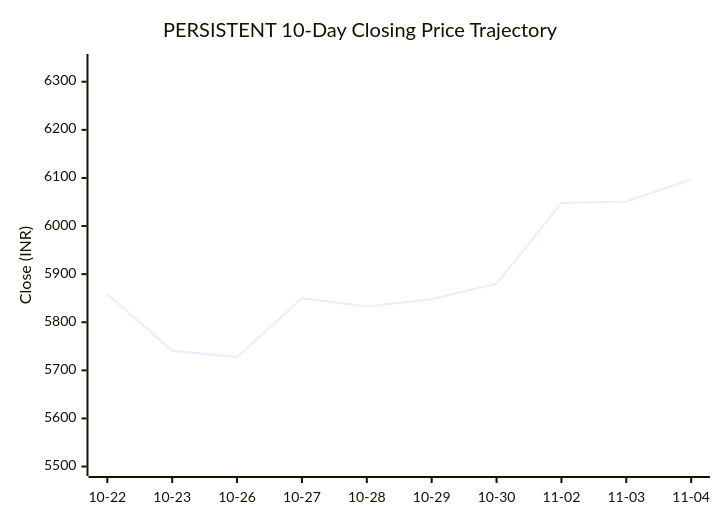
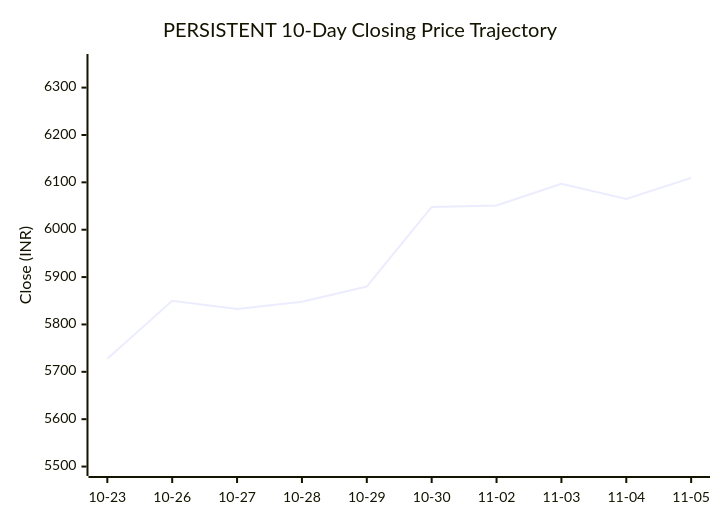
Before and after one commit to purnareddy9/dev: the first of 2 diagrams in market-intelligence/stocks/PERSISTENT/latest.md, drawn with Mermaid. The commit also changed other lines of this file and 4 other files, not shown here.

````diff
--- a/market-intelligence/stocks/PERSISTENT/latest.md
+++ b/market-intelligence/stocks/PERSISTENT/latest.md
@@ -43,7 +43,7 @@
 ```mermaid
 xychart-beta
     title "PERSISTENT 10-Day Closing Price Trajectory"
-    x-axis ["10-22", "10-23", "10-26", "10-27", "10-28", "10-29", "10-30", "11-02", "11-03", "11-04"]
-    y-axis "Close (INR)" 5498 --> 6340
-    line [5858.5, 5740.5, 5727.5, 5850.0, 5832.5, 5848.0, 5880.0, 6048.0, 6051.0, 6097.0]
+    x-axis ["10-23", "10-26", "10-27", "10-28", "10-29", "10-30", "11-02", "11-03", "11-04", "11-05"]
+    y-axis "Close (INR)" 5498 --> 6353
+    line [5727.5, 5850.0, 5832.5, 5848.0, 5880.0, 6048.0, 6051.0, 6097.0, 6065.0, 6109.5]
 ```
````
